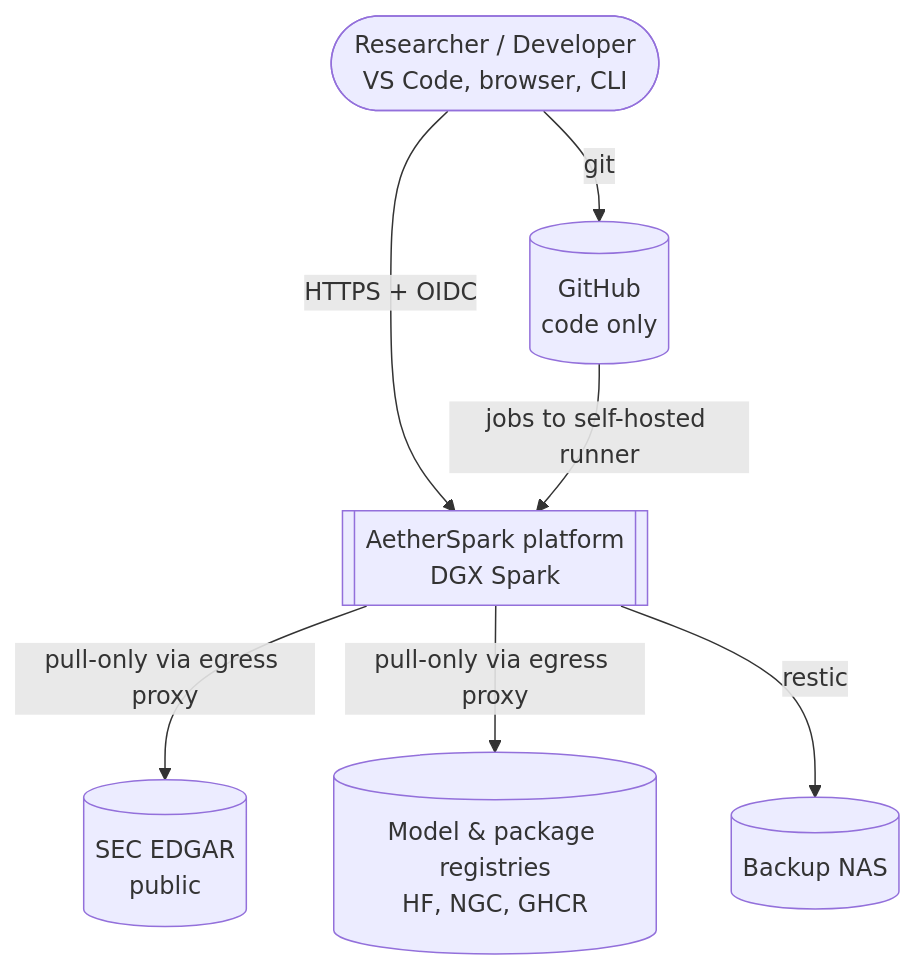
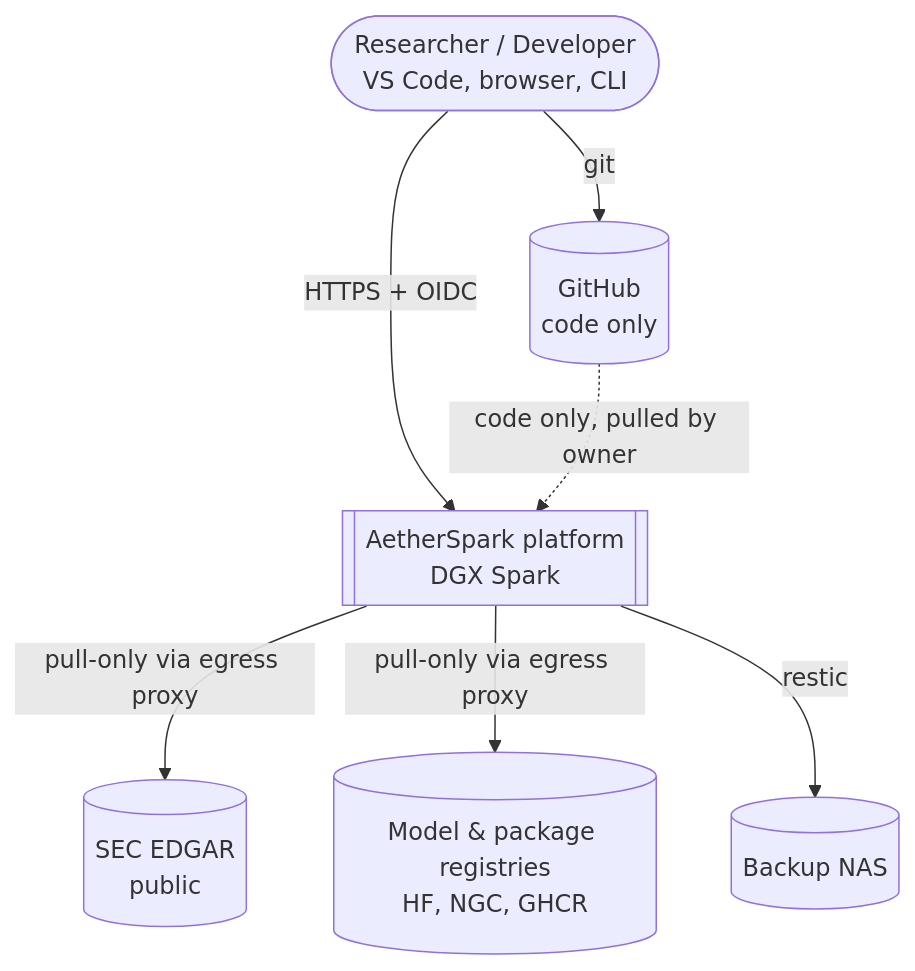
Before and after one commit to mpcs2013/aether-spark: the first of 2 diagrams in docs/architecture/c4.md, drawn with Mermaid. The commit also changed other lines of this file and 14 other files, not shown here.

````diff
--- a/docs/architecture/c4.md
+++ b/docs/architecture/c4.md
@@ -4,15 +4,15 @@
 ```mermaid
 flowchart TB
   R([Researcher / Developer<br/>VS Code, browser, CLI])
   AS[[AetherSpark platform<br/>DGX Spark]]
   EDGAR[(SEC EDGAR<br/>public)]
   REG[(Model & package registries<br/>HF, NGC, GHCR)]
   GH[(GitHub<br/>code only)]
   NAS[(Backup NAS)]
   R -->|HTTPS + OIDC| AS
   AS -->|pull-only via egress proxy| EDGAR
   AS -->|pull-only via egress proxy| REG
   R -->|git| GH
-  GH -->|jobs to self-hosted runner| AS
+  GH -.->|code only, pulled by owner| AS
   AS -->|restic| NAS
 ```
````
